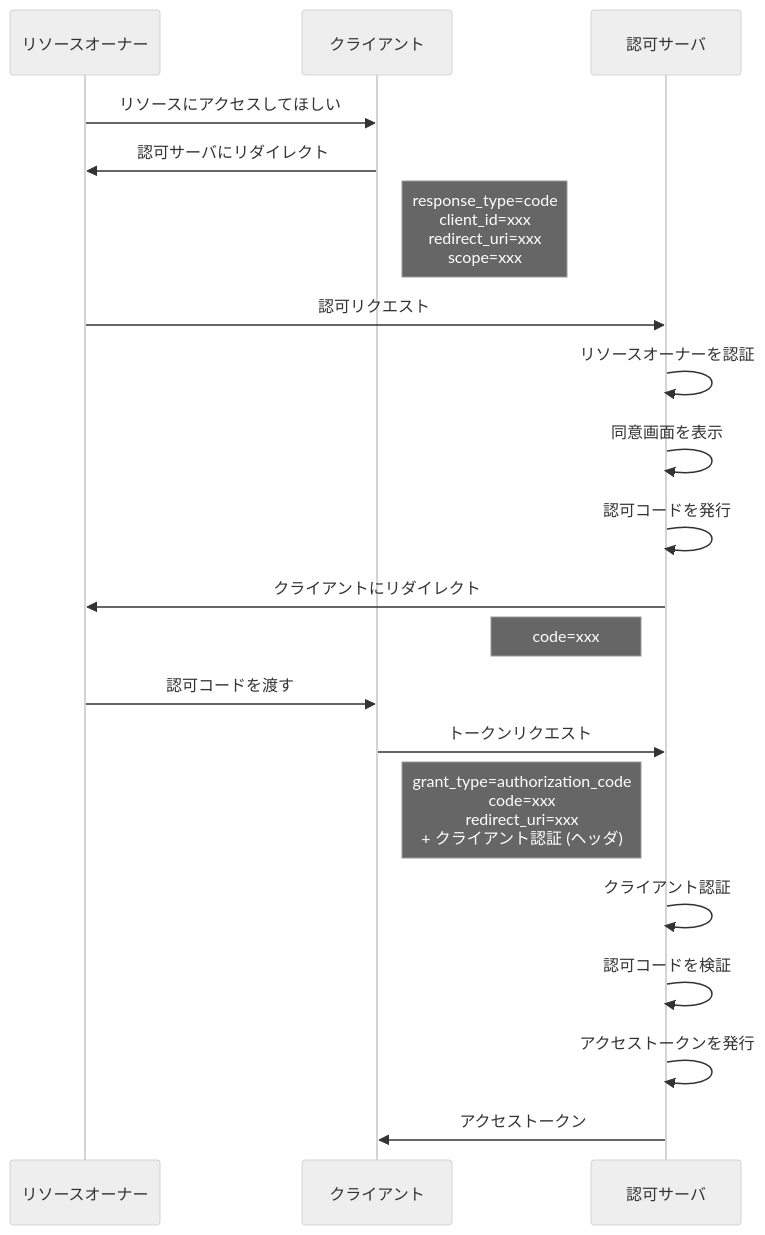
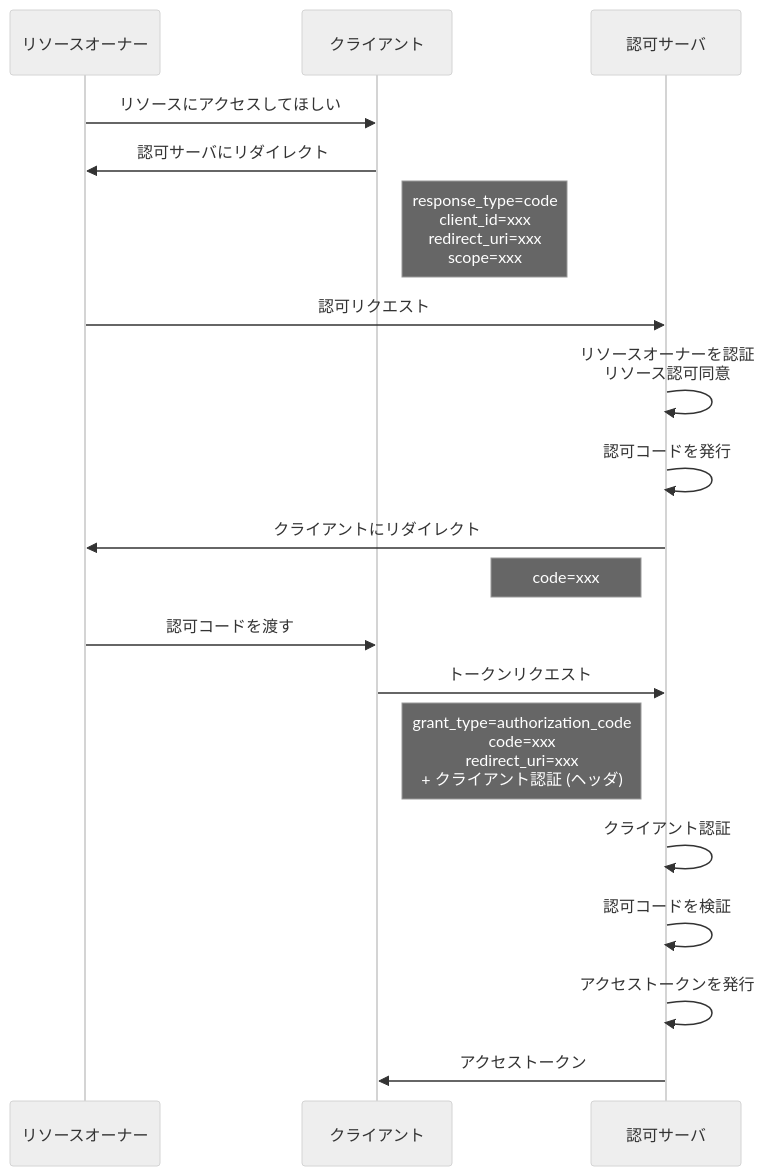
One commit to calloc134/zenn-dir changed the diagram in books/sikkari-oauth-oidc/08-detailed-flow-confidential.md. Above: the diagram before and after it, drawn with Mermaid (neutral theme). The commit also changed 3 other files, not shown here.

````diff
--- a/books/sikkari-oauth-oidc/08-detailed-flow-confidential.md
+++ b/books/sikkari-oauth-oidc/08-detailed-flow-confidential.md
@@ -16,23 +16,22 @@
 ```mermaid
 sequenceDiagram
     participant RO as リソースオーナー
     participant C as クライアント
     participant AS as 認可サーバ
 
     RO->>C: リソースにアクセスしてほしい
     C->>RO: 認可サーバにリダイレクト
     Note right of C: response_type=code<br>client_id=xxx<br>redirect_uri=xxx<br>scope=xxx
     RO->>AS: 認可リクエスト
-    AS->>AS: リソースオーナーを認証
-    AS->>AS: 同意画面を表示
+    AS->>AS: リソースオーナーを認証<br>リソース認可同意
     AS->>AS: 認可コードを発行
     AS->>RO: クライアントにリダイレクト
     Note left of AS: code=xxx
     RO->>C: 認可コードを渡す
     C->>AS: トークンリクエスト
     Note right of C: grant_type=authorization_code<br>code=xxx<br>redirect_uri=xxx<br>+ クライアント認証 (ヘッダ)
     AS->>AS: クライアント認証
     AS->>AS: 認可コードを検証
     AS->>AS: アクセストークンを発行
     AS->>C: アクセストークン
 ```
````
